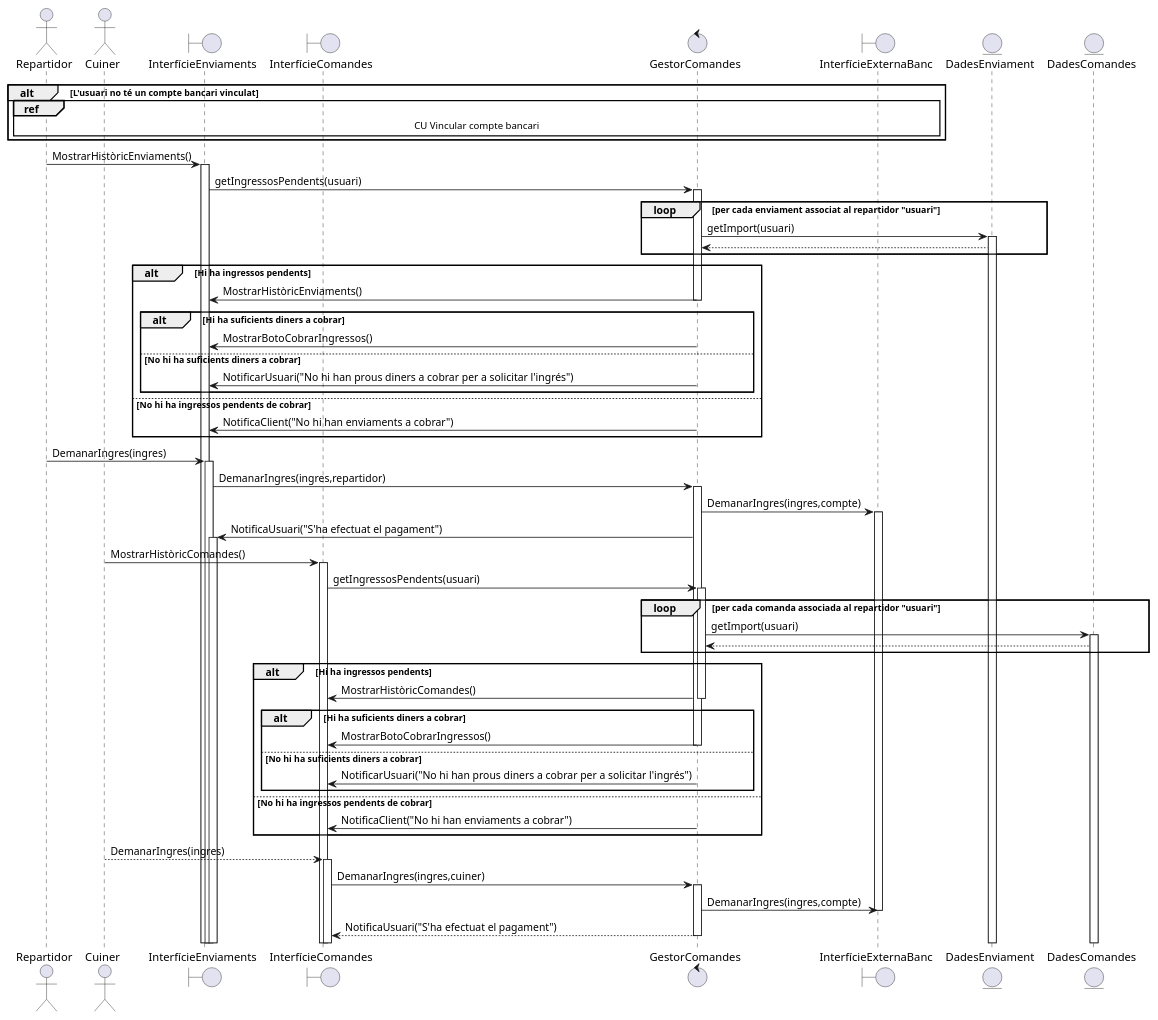
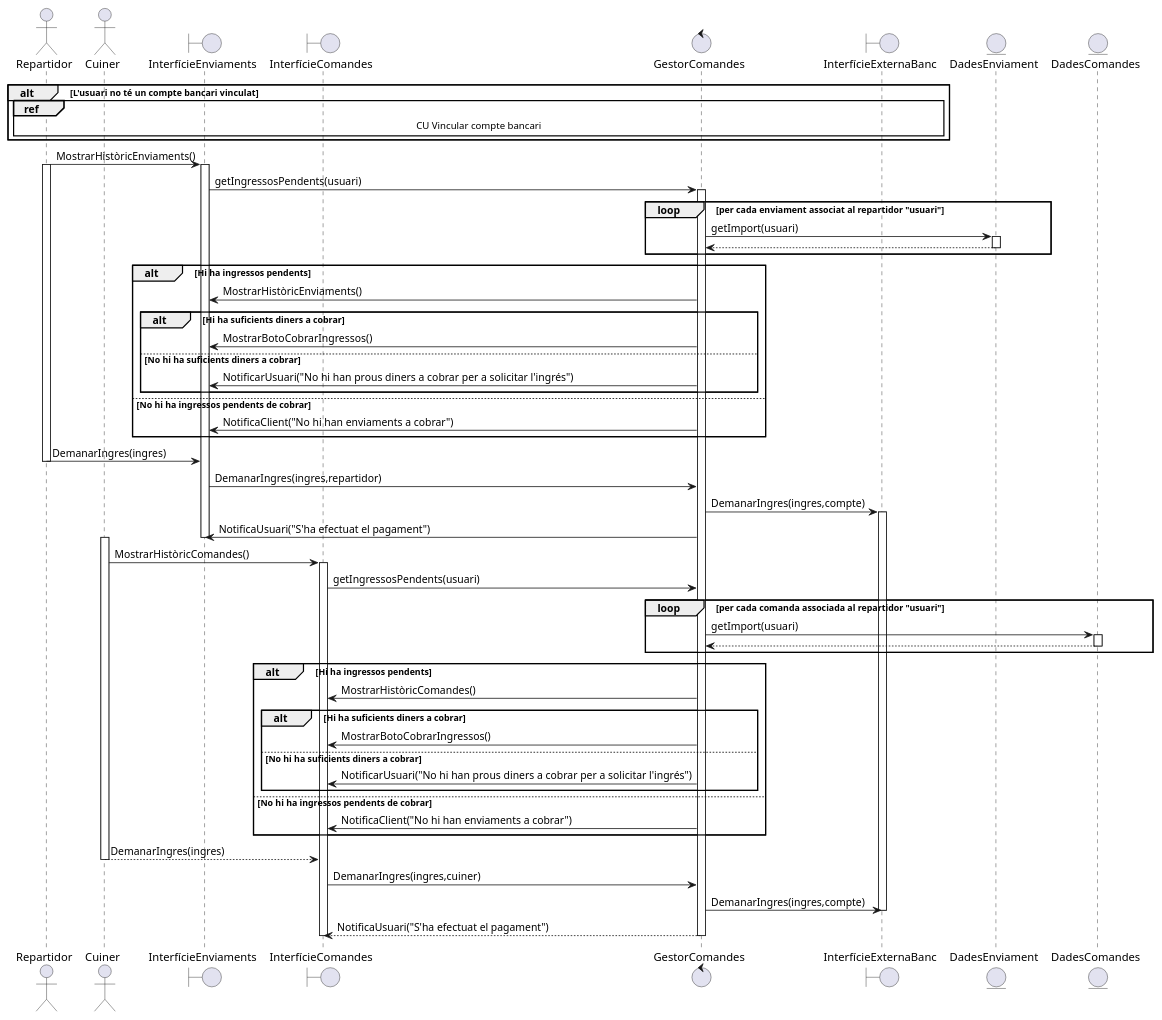
The diagram in documents/Diagrames i Especificacions/Seqüencia/seta/7 - Demanar Ingres.puml (martipages/ES23UAB431-02), drawn with PlantUML before and after one commit. The commit also changed 26 other files, not shown here.

```diff
--- a/documents/Diagrames i Especificacions/Seqüencia/seta/7 - Demanar Ingres.puml
+++ b/documents/Diagrames i Especificacions/Seqüencia/seta/7 - Demanar Ingres.puml
@@ -1,87 +1,93 @@
 @startuml
 
 actor Repartidor
 actor Cuiner
 
 
 boundary InterfícieEnviaments
 boundary InterfícieComandes
 control GestorComandes
 
 boundary InterfícieExternaBanc
 entity DadesEnviament
 entity DadesComandes
 
 
 alt L'usuari no té un compte bancari vinculat
 ref over Repartidor,InterfícieExternaBanc: CU Vincular compte bancari
 end
+Repartidor -> InterfícieEnviaments++: MostrarHistòricEnviaments()
+Repartidor++
 
-Repartidor -> InterfícieEnviaments++: MostrarHistòricEnviaments()
 InterfícieEnviaments -> GestorComandes++: getIngressosPendents(usuari)
 loop per cada enviament associat al repartidor "usuari"
 GestorComandes -> DadesEnviament++: getImport(usuari)
 DadesEnviament --> GestorComandes
+DadesEnviament--
 
 end
 
 alt Hi ha ingressos pendents
-GestorComandes -> InterfícieEnviaments--:MostrarHistòricEnviaments() 
+GestorComandes -> InterfícieEnviaments:MostrarHistòricEnviaments() 
 alt Hi ha suficients diners a cobrar
-GestorComandes -> InterfícieEnviaments--:MostrarBotoCobrarIngressos()
+GestorComandes -> InterfícieEnviaments:MostrarBotoCobrarIngressos()
 else No hi ha suficients diners a cobrar
-GestorComandes -> InterfícieEnviaments--:NotificarUsuari("No hi han prous diners a cobrar per a solicitar l'ingrés")
+GestorComandes -> InterfícieEnviaments:NotificarUsuari("No hi han prous diners a cobrar per a solicitar l'ingrés")
 end
 else No hi ha ingressos pendents de cobrar
-GestorComandes -> InterfícieEnviaments--: NotificaClient("No hi han enviaments a cobrar") 
+GestorComandes -> InterfícieEnviaments: NotificaClient("No hi han enviaments a cobrar") 
 end
 
 
-Repartidor -> InterfícieEnviaments++: DemanarIngres(ingres)
-
-InterfícieEnviaments->GestorComandes++: DemanarIngres(ingres,repartidor)
+Repartidor -> InterfícieEnviaments: DemanarIngres(ingres)
+Repartidor--
+InterfícieEnviaments->GestorComandes: DemanarIngres(ingres,repartidor)
 GestorComandes->InterfícieExternaBanc++:DemanarIngres(ingres,compte)
-GestorComandes->InterfícieEnviaments++: NotificaUsuari("S'ha efectuat el pagament")
+GestorComandes->InterfícieEnviaments: NotificaUsuari("S'ha efectuat el pagament")
+InterfícieEnviaments--
 
 
 
 
 
 
 
 
 
-
+Cuiner++
 Cuiner -> InterfícieComandes++: MostrarHistòricComandes()
-InterfícieComandes -> GestorComandes++: getIngressosPendents(usuari)
+InterfícieComandes -> GestorComandes: getIngressosPendents(usuari)
 loop per cada comanda associada al repartidor "usuari"
 GestorComandes -> DadesComandes++: getImport(usuari)
 DadesComandes --> GestorComandes
+DadesComandes--
 
 end
 
 alt Hi ha ingressos pendents
-GestorComandes -> InterfícieComandes--:MostrarHistòricComandes() 
+GestorComandes -> InterfícieComandes:MostrarHistòricComandes() 
 alt Hi ha suficients diners a cobrar
-GestorComandes -> InterfícieComandes--:MostrarBotoCobrarIngressos()
+GestorComandes -> InterfícieComandes:MostrarBotoCobrarIngressos()
 else No hi ha suficients diners a cobrar
-GestorComandes -> InterfícieComandes--:NotificarUsuari("No hi han prous diners a cobrar per a solicitar l'ingrés")
+GestorComandes -> InterfícieComandes:NotificarUsuari("No hi han prous diners a cobrar per a solicitar l'ingrés")
 end
 else No hi ha ingressos pendents de cobrar
-GestorComandes -> InterfícieComandes--: NotificaClient("No hi han enviaments a cobrar") 
+GestorComandes -> InterfícieComandes: NotificaClient("No hi han enviaments a cobrar") 
 end
 
 
-Cuiner --> InterfícieComandes++: DemanarIngres(ingres)
-InterfícieComandes->GestorComandes++: DemanarIngres(ingres,cuiner)
+Cuiner --> InterfícieComandes: DemanarIngres(ingres)
+Cuiner--
+InterfícieComandes->GestorComandes: DemanarIngres(ingres,cuiner)
 GestorComandes->InterfícieExternaBanc: DemanarIngres(ingres,compte)
 
 InterfícieExternaBanc--
 GestorComandes-->InterfícieComandes--: NotificaUsuari("S'ha efectuat el pagament")
+InterfícieComandes--
 
 
 
 
 
 
 @enduml
```
